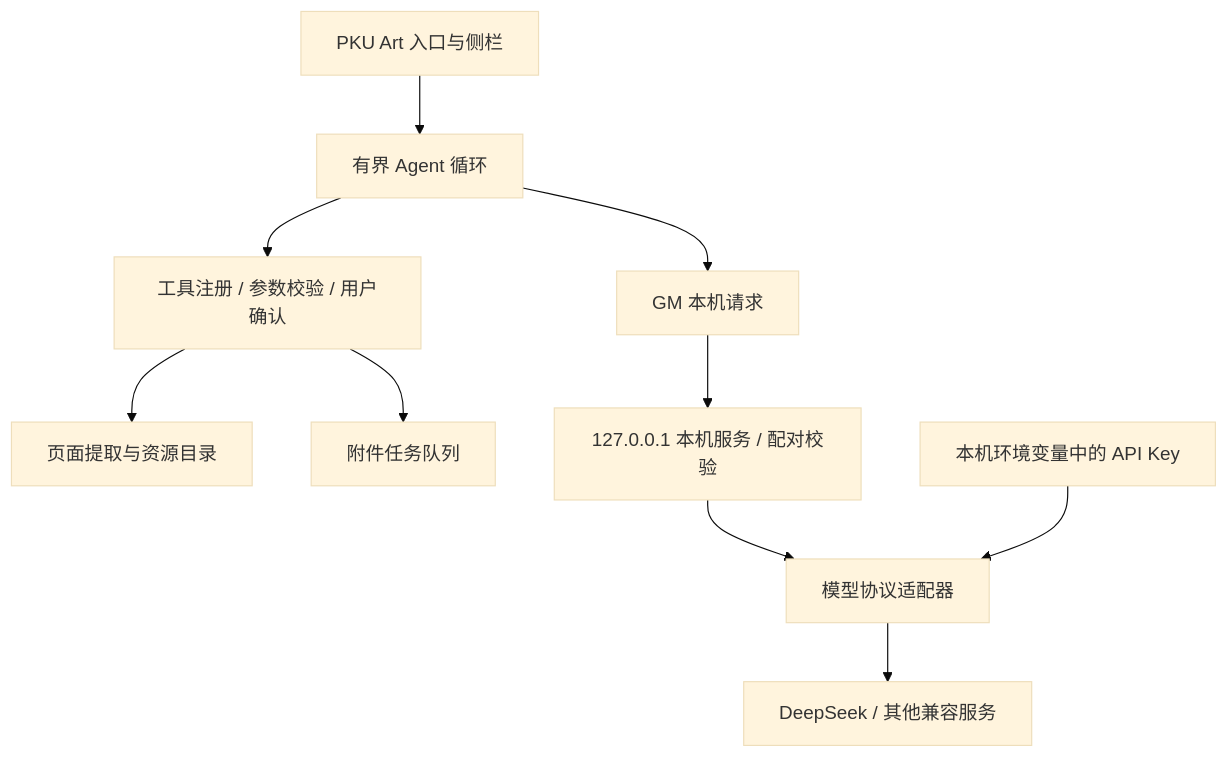
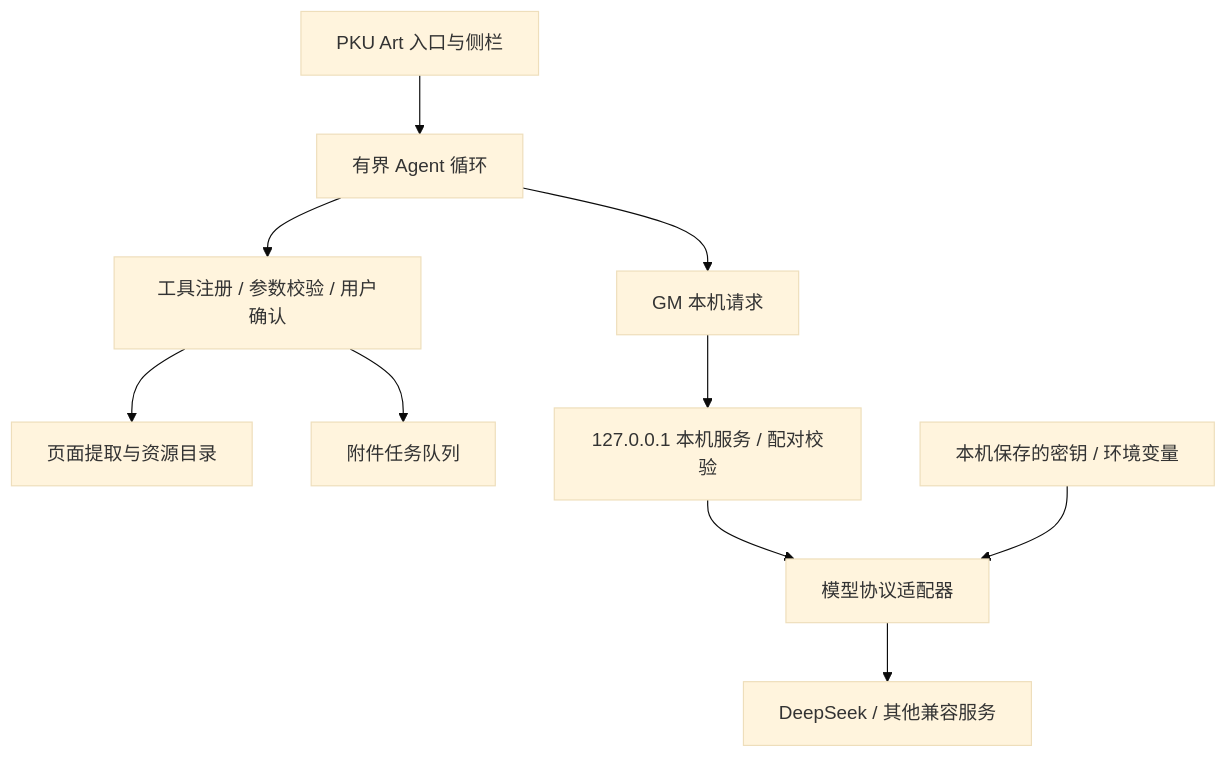
One commit to FeliksMa/PKU-Art-Agent changed the diagram in docs/ARCHITECTURE.md. Above: the diagram before and after it, drawn with Mermaid (base theme). The commit also changed other lines of this file and 17 other files, not shown here.

````diff
--- a/docs/ARCHITECTURE.md
+++ b/docs/ARCHITECTURE.md
@@ -5,12 +5,12 @@
 ```mermaid
 flowchart TD
     UI[PKU Art 入口与侧栏] --> Runner[有界 Agent 循环]
     Runner --> Registry[工具注册 / 参数校验 / 用户确认]
     Registry --> Pages[页面提取与资源目录]
     Registry --> Queue[附件任务队列]
     Runner --> Transport[GM 本机请求]
     Transport --> Bridge[127.0.0.1 本机服务 / 配对校验]
     Bridge --> Provider[模型协议适配器]
     Provider --> Model[DeepSeek / 其他兼容服务]
-    Env[本机环境变量中的 API Key] --> Provider
+    Env[本机保存的密钥 / 环境变量] --> Provider
 ```
````
